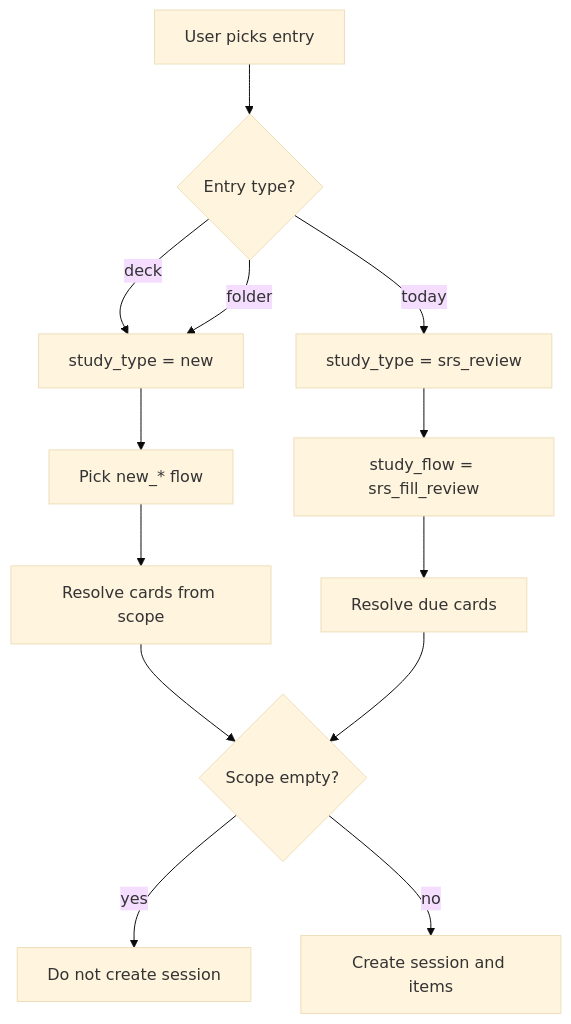
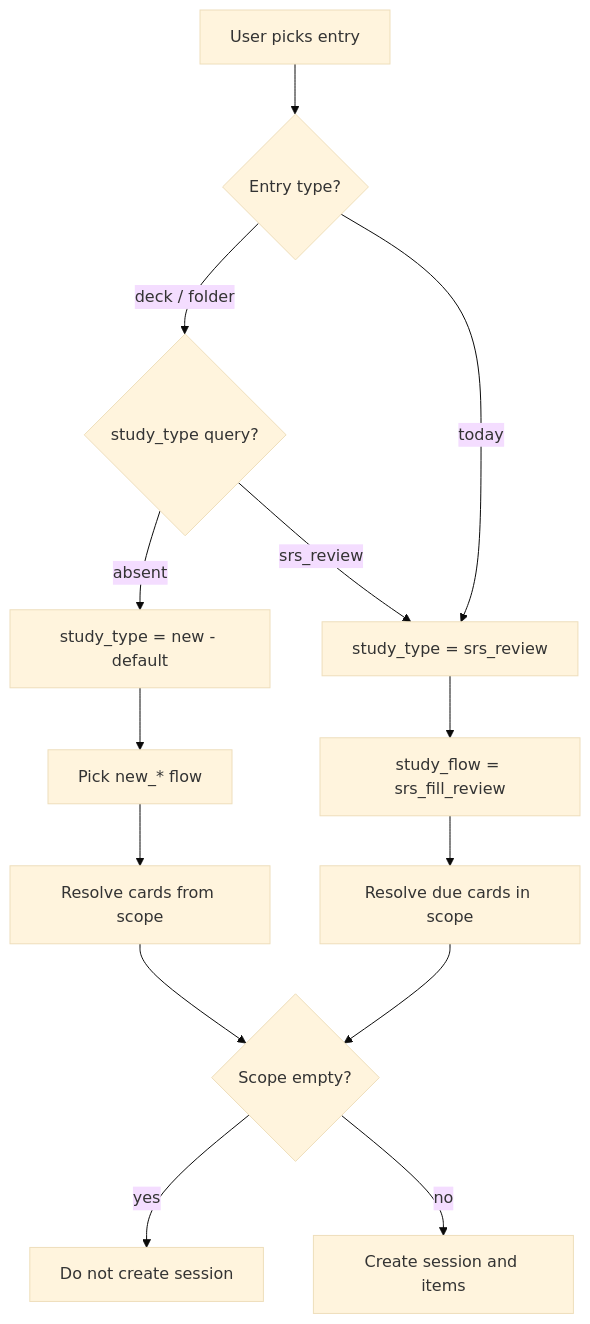
The first of 2 diagrams in docs/business/study/study-flow.md (ntgptit/memox-v3), drawn with Mermaid (base theme) before and after one commit. The commit also changed other lines of this file and 42 other files, not shown here.

````diff
--- a/docs/business/study/study-flow.md
+++ b/docs/business/study/study-flow.md
@@ -73,15 +73,16 @@
 ```mermaid
 flowchart TD
     Entry[User picks entry] --> Type{Entry type?}
-    Type -->|deck| NewType[study_type = new]
-    Type -->|folder| NewType
+    Type -->|deck / folder| DefaultNew{study_type query?}
     Type -->|today| SrsType[study_type = srs_review]
+    DefaultNew -->|absent| NewType[study_type = new - default]
+    DefaultNew -->|srs_review| SrsType
     NewType --> NewFlow[Pick new_* flow]
     SrsType --> SrsFlow[study_flow = srs_fill_review]
     NewFlow --> Resolve[Resolve cards from scope]
-    SrsFlow --> ResolveDue[Resolve due cards]
+    SrsFlow --> ResolveDue[Resolve due cards in scope]
     Resolve --> Empty{Scope empty?}
     ResolveDue --> Empty
     Empty -->|yes| Reject[Do not create session]
     Empty -->|no| Create[Create session and items]
 ```
````
